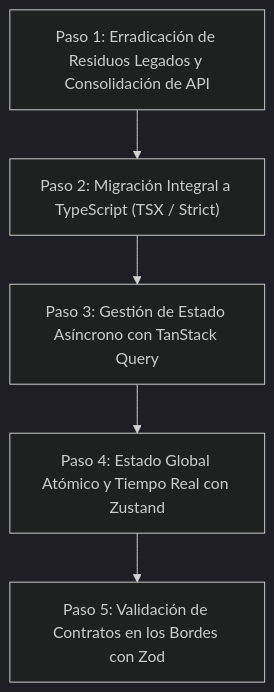
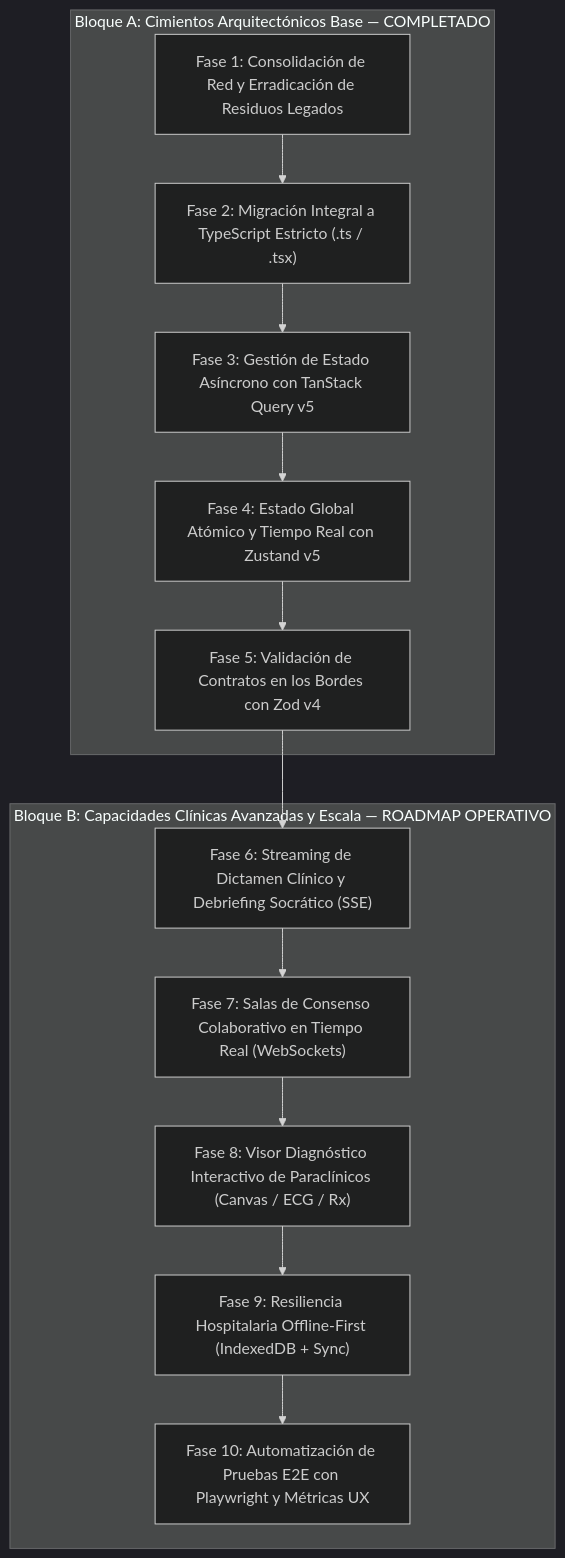
The diagram in PLAN_ESCALABILIDAD_FRONTEND.md (JorgeDoicela/clinical_rag), drawn with Mermaid (dark theme) before and after one commit. The commit also changed other lines of this file and 162 other files, not shown here.

````diff
--- a/PLAN_ESCALABILIDAD_FRONTEND.md
+++ b/PLAN_ESCALABILIDAD_FRONTEND.md
@@ -9,7 +11,20 @@
 ```mermaid
 graph TD
-    P1["Paso 1: Erradicación de Residuos Legados y Consolidación de API"] --> P2["Paso 2: Migración Integral a TypeScript (TSX / Strict)"]
-    P2 --> P3["Paso 3: Gestión de Estado Asíncrono con TanStack Query"]
-    P3 --> P4["Paso 4: Estado Global Atómico y Tiempo Real con Zustand"]
-    P4 --> P5["Paso 5: Validación de Contratos en los Bordes con Zod"]
+    subgraph Bloque_A [Bloque A: Cimientos Arquitectónicos Base — COMPLETADO]
+        F1["Fase 1: Consolidación de Red y Erradicación de Residuos Legados"]
+        F2["Fase 2: Migración Integral a TypeScript Estricto (.ts / .tsx)"]
+        F3["Fase 3: Gestión de Estado Asíncrono con TanStack Query v5"]
+        F4["Fase 4: Estado Global Atómico y Tiempo Real con Zustand v5"]
+        F5["Fase 5: Validación de Contratos en los Bordes con Zod v4"]
+        F1 --> F2 --> F3 --> F4 --> F5
+    end
+
+    subgraph Bloque_B [Bloque B: Capacidades Clínicas Avanzadas y Escala — ROADMAP OPERATIVO]
+        F6["Fase 6: Streaming de Dictamen Clínico y Debriefing Socrático (SSE)"]
+        F7["Fase 7: Salas de Consenso Colaborativo en Tiempo Real (WebSockets)"]
+        F8["Fase 8: Visor Diagnóstico Interactivo de Paraclínicos (Canvas / ECG / Rx)"]
+        F9["Fase 9: Resiliencia Hospitalaria Offline-First (IndexedDB + Sync)"]
+        F10["Fase 10: Automatización de Pruebas E2E con Playwright y Métricas UX"]
+        F5 --> F6 --> F7 --> F8 --> F9 --> F10
+    end
 ```
````
